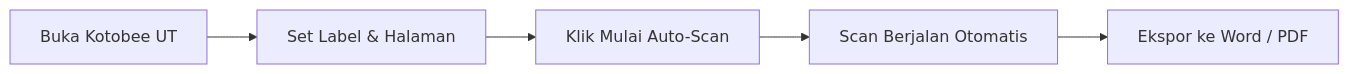
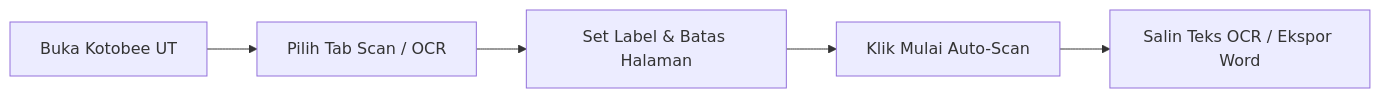
The second of 2 diagrams in README.md (masadjie/ut-learning-book), drawn with Mermaid before and after one commit. The commit also changed other lines of this file and 7 other files, not shown here.

Commit message:
feat: add dual menu tabs (Scan Pages vs Pages to OCR), Smart OCR engine, and 1-click LLM export (v1.1.0)

````diff
--- a/README.md
+++ b/README.md
@@ -98,7 +128,7 @@
 ```mermaid
 graph LR
-    A[Buka Kotobee UT] --> B[Set Label & Halaman]
-    B --> C[Klik Mulai Auto-Scan]
-    C --> D[Scan Berjalan Otomatis]
-    D --> E[Ekspor ke Word / PDF]
+    A[Buka Kotobee UT] --> B[Pilih Tab Scan / OCR]
+    B --> C[Set Label & Batas Halaman]
+    C --> D[Klik Mulai Auto-Scan]
+    D --> E[Salin Teks OCR / Ekspor Word]
 ```
````
